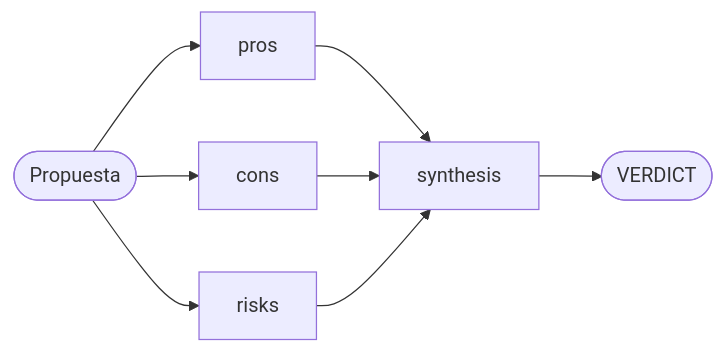
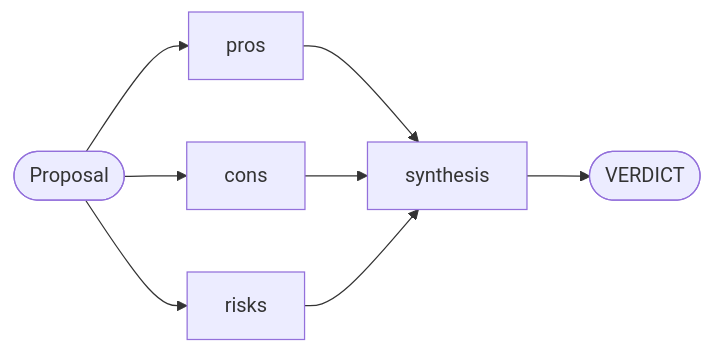
The diagram in strands-agents/04-parallel-fanout/README.md (eider404/agent-architectures), drawn with Mermaid before and after one commit. The commit also changed other lines of this file and 13 other files, not shown here.

````diff
--- a/strands-agents/04-parallel-fanout/README.md
+++ b/strands-agents/04-parallel-fanout/README.md
@@ -12,10 +12,10 @@
 ```mermaid
 flowchart LR
-    P(["Propuesta"]) --> PR["pros"]
+    P(["Proposal"]) --> PR["pros"]
     P --> CO["cons"]
     P --> RI["risks"]
     PR --> S["synthesis"]
     CO --> S
     RI --> S
     S --> V(["VERDICT"])
 ```
````
